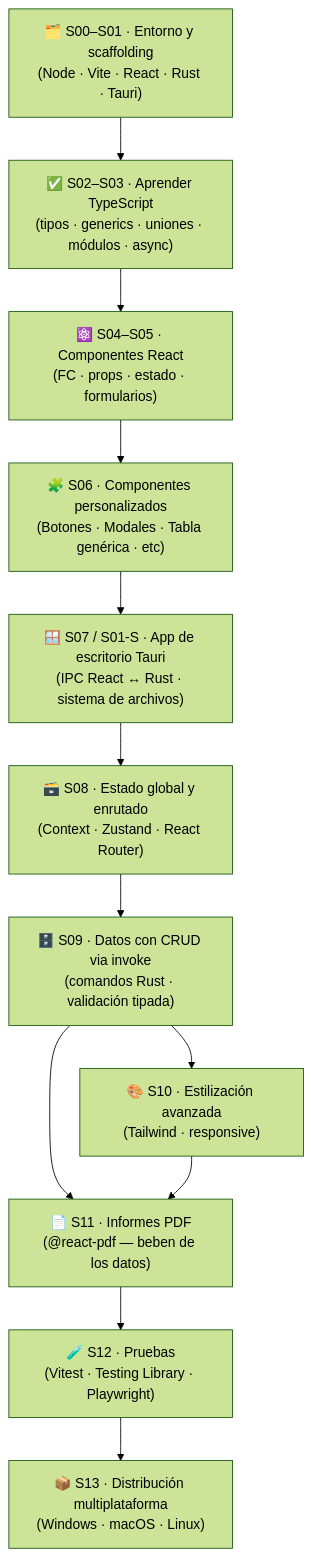
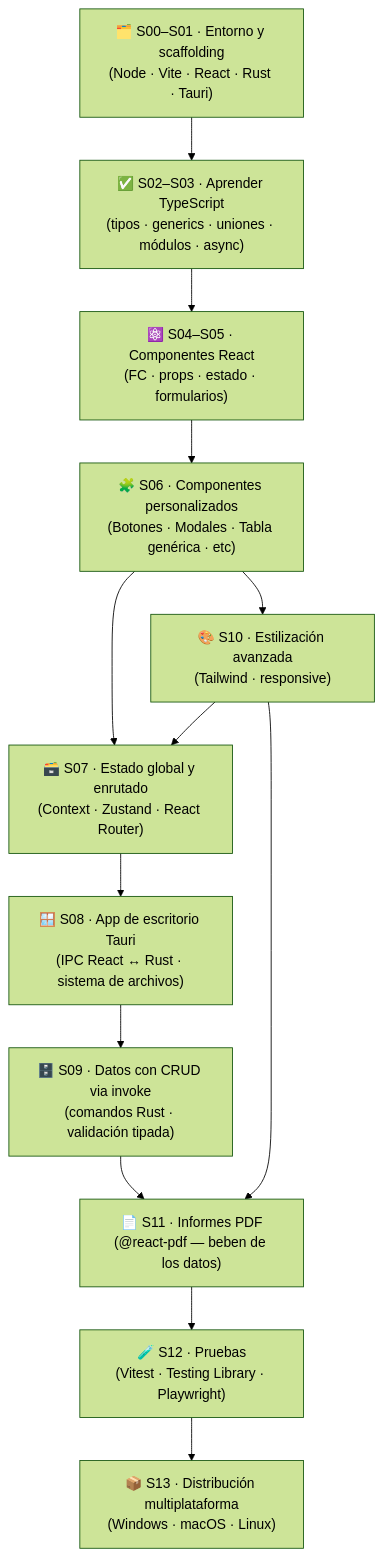
The second of 2 diagrams in README.md (MolinaJM/DI-REACT-TAURI), drawn with Mermaid (forest theme) before and after one commit. The commit also changed other lines of this file and 18 other files, not shown here.

````diff
--- a/README.md
+++ b/README.md
@@ -89,26 +89,27 @@
 ```mermaid
 flowchart TD
     ENV["🗂️ S00–S01 · Entorno y scaffolding<br/>(Node · Vite · React · Rust · Tauri)"]
     TS["✅ S02–S03 · Aprender TypeScript<br/>(tipos · generics · uniones · módulos · async)"]
     REACT["⚛️ S04–S05 · Componentes React<br/>(FC · props · estado · formularios)"]
     CUSTOM["🧩 S06 · Componentes personalizados<br/>(Botones · Modales · Tabla genérica · etc)"]
-    TAURI["🪟 S07 / S01-S · App de escritorio Tauri<br/>(IPC React ↔ Rust · sistema de archivos)"]
-    GLOBAL["🗃️ S08 · Estado global y enrutado<br/>(Context · Zustand · React Router)"]
+    TAURI["🪟 S08 · App de escritorio Tauri<br/>(IPC React ↔ Rust · sistema de archivos)"]
+    GLOBAL["🗃️ S07 · Estado global y enrutado<br/>(Context · Zustand · React Router)"]
     CRUD["🗄️ S09 · Datos con CRUD via invoke<br/>(comandos Rust · validación tipada)"]
     STYLE["🎨 S10 · Estilización avanzada<br/>(Tailwind · responsive)"]
     PDF["📄 S11 · Informes PDF<br/>(@react-pdf — beben de los datos)"]
     TEST["🧪 S12 · Pruebas<br/>(Vitest · Testing Library · Playwright)"]
     DIST["📦 S13 · Distribución multiplataforma<br/>(Windows · macOS · Linux)"]
 
     ENV --> TS
     TS --> REACT
     REACT --> CUSTOM
-    CUSTOM --> TAURI
-    TAURI --> GLOBAL
-    GLOBAL --> CRUD
-    CRUD --> STYLE
+    CUSTOM --> STYLE
+    CUSTOM --> GLOBAL
+    STYLE --> GLOBAL
+    GLOBAL --> TAURI
+    TAURI --> CRUD
     CRUD --> PDF
     STYLE --> PDF
     PDF --> TEST
     TEST --> DIST
 ```
````
